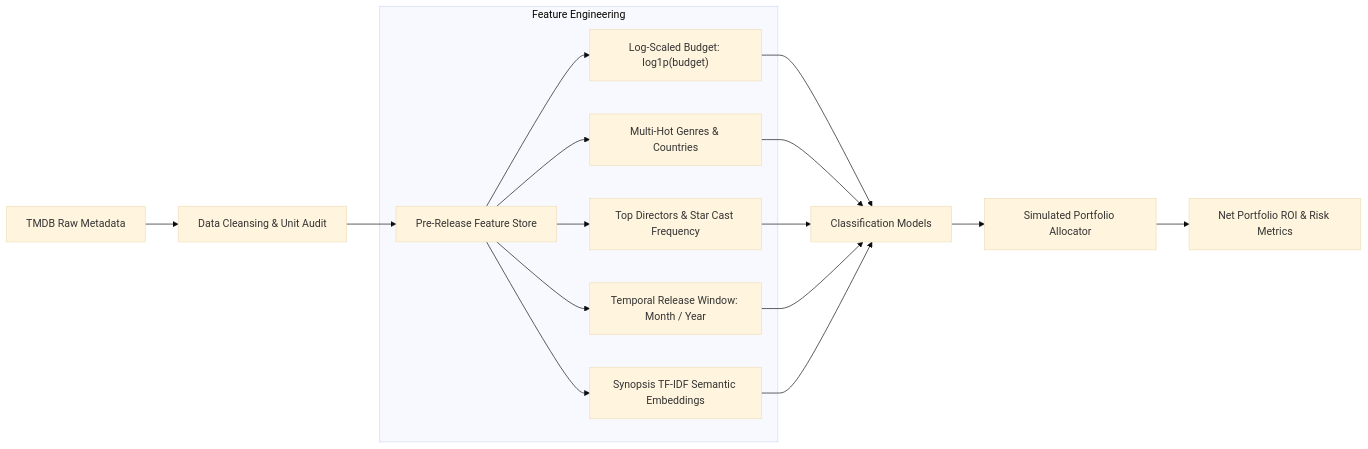
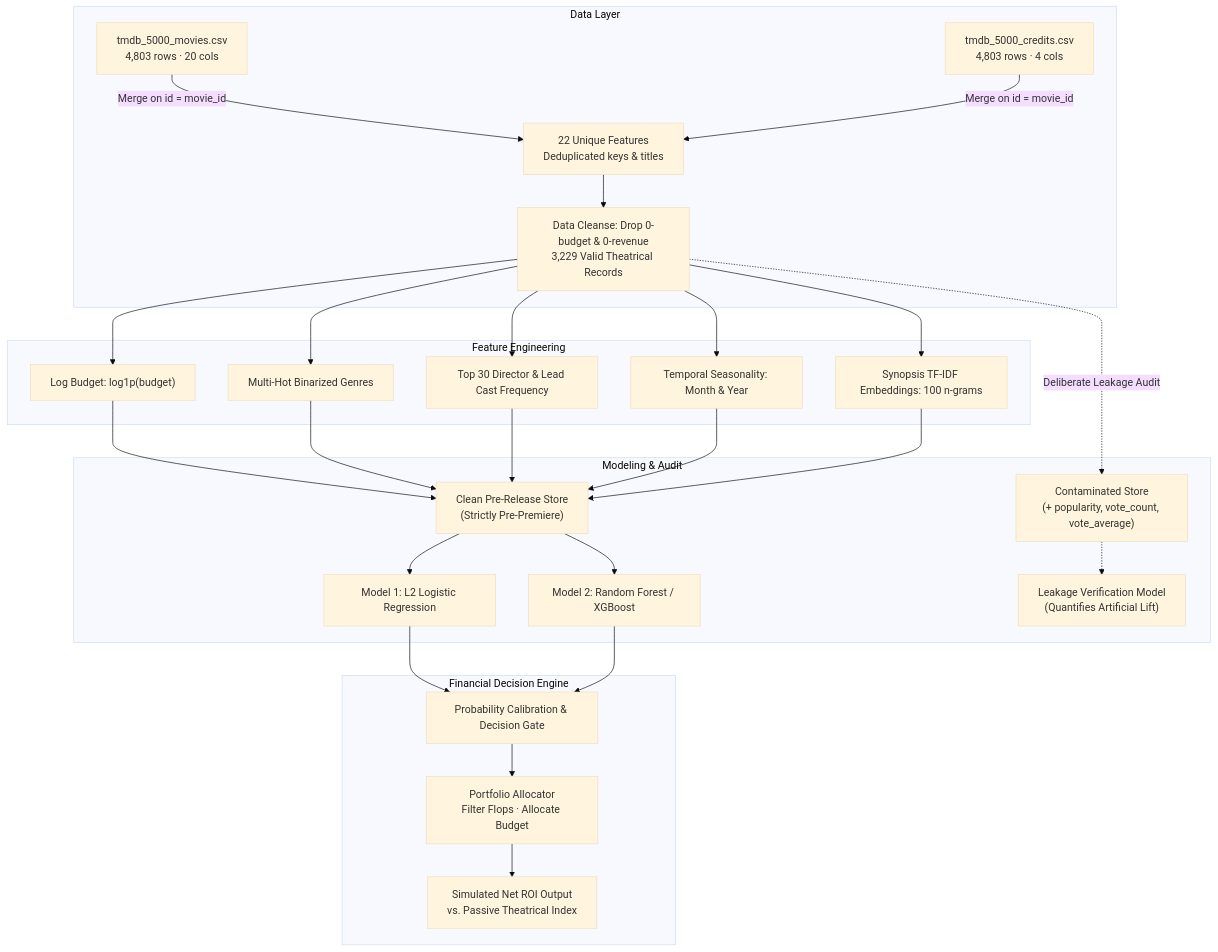
Before and after one commit to andreisugu/greenlight-ml: the diagram in README.md, drawn with Mermaid (base theme). The commit also changed other lines of this file, not shown here.

Commit message:
docs: overhaul README with genjutsu-style visual hierarchy, audit tables, and benchmark receipts

````diff
--- a/README.md
+++ b/README.md
@@ -60,17 +101,32 @@
 ```mermaid
-flowchart LR
-    A[TMDB Raw Metadata] --> B[Data Cleansing & Unit Audit]
-    B --> C[Pre-Release Feature Store]
-    
+flowchart TD
+    subgraph Data Layer
+        A1[tmdb_5000_movies.csv<br/>4,803 rows · 20 cols] 
+        A2[tmdb_5000_credits.csv<br/>4,803 rows · 4 cols]
+        A1 & A2 -->|Merge on id = movie_id| B[22 Unique Features<br/>Deduplicated keys & titles]
+        B --> C[Data Cleanse: Drop 0-budget & 0-revenue<br/>3,229 Valid Theatrical Records]
+    end
+
     subgraph Feature Engineering
-        C --> D["Log-Scaled Budget: log1p(budget)"]
-        C --> E[Multi-Hot Genres & Countries]
-        C --> F[Top Directors & Star Cast Frequency]
-        C --> G[Temporal Release Window: Month / Year]
-        C --> H[Synopsis TF-IDF Semantic Embeddings]
+        C --> D1["Log Budget: log1p(budget)"]
+        C --> D2[Multi-Hot Binarized Genres]
+        C --> D3[Top 30 Director & Lead Cast Frequency]
+        C --> D4[Temporal Seasonality: Month & Year]
+        C --> D5[Synopsis TF-IDF Embeddings: 100 n-grams]
     end
-    
-    D & E & F & G & H --> I[Classification Models]
-    I --> J[Simulated Portfolio Allocator]
-    J --> K[Net Portfolio ROI & Risk Metrics]
+
+    subgraph Modeling & Audit
+        D1 & D2 & D3 & D4 & D5 --> E1["Clean Pre-Release Store<br/>(Strictly Pre-Premiere)"]
+        E1 --> F1[Model 1: L2 Logistic Regression]
+        E1 --> F2[Model 2: Random Forest / XGBoost]
+        
+        C -.->|Deliberate Leakage Audit| E2["Contaminated Store<br/>(+ popularity, vote_count, vote_average)"]
+        E2 -.-> F3["Leakage Verification Model<br/>(Quantifies Artificial Lift)"]
+    end
+
+    subgraph Financial Decision Engine
+        F1 & F2 --> G[Probability Calibration & Decision Gate]
+        G --> H["Portfolio Allocator<br/>Filter Flops · Allocate Budget"]
+        H --> I["Simulated Net ROI Output<br/>vs. Passive Theatrical Index"]
+    end
 ```
````
